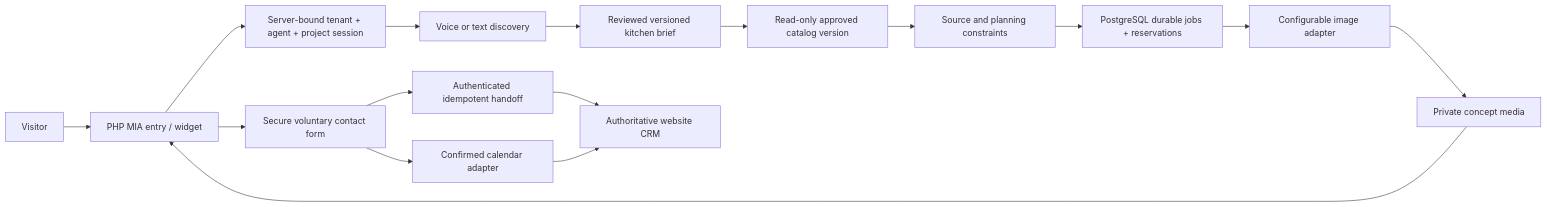
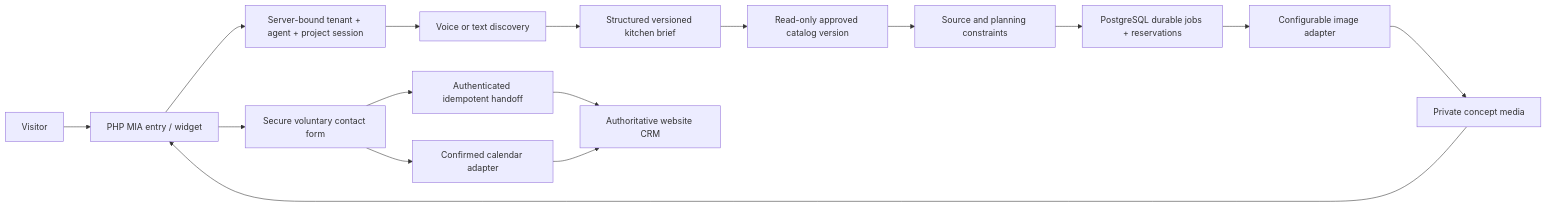
The diagram in docs/mia/ARCHITECTURE.md (KonstantinData/KI-LIVE-VOICE-AGENTS), drawn with Mermaid before and after one commit. The commit also changed 6 other files, not shown here.

````diff
--- a/docs/mia/ARCHITECTURE.md
+++ b/docs/mia/ARCHITECTURE.md
@@ -15,18 +15,18 @@
 ```mermaid
 flowchart LR
   Visitor --> Website[PHP MIA entry / widget]
   Website --> Session[Server-bound tenant + agent + project session]
   Session --> Dialogue[Voice or text discovery]
-  Dialogue --> Brief[Reviewed versioned kitchen brief]
+  Dialogue --> Brief[Structured versioned kitchen brief]
   Brief --> Catalog[Read-only approved catalog version]
   Catalog --> Validation[Source and planning constraints]
   Validation --> Jobs[PostgreSQL durable jobs + reservations]
   Jobs --> Provider[Configurable image adapter]
   Provider --> Media[Private concept media]
   Media --> Website
   Website --> Form[Secure voluntary contact form]
   Form --> Outbox[Authenticated idempotent handoff]
   Outbox --> CRM[Authoritative website CRM]
   Form --> Booking[Confirmed calendar adapter]
   Booking --> CRM
 ```
````
